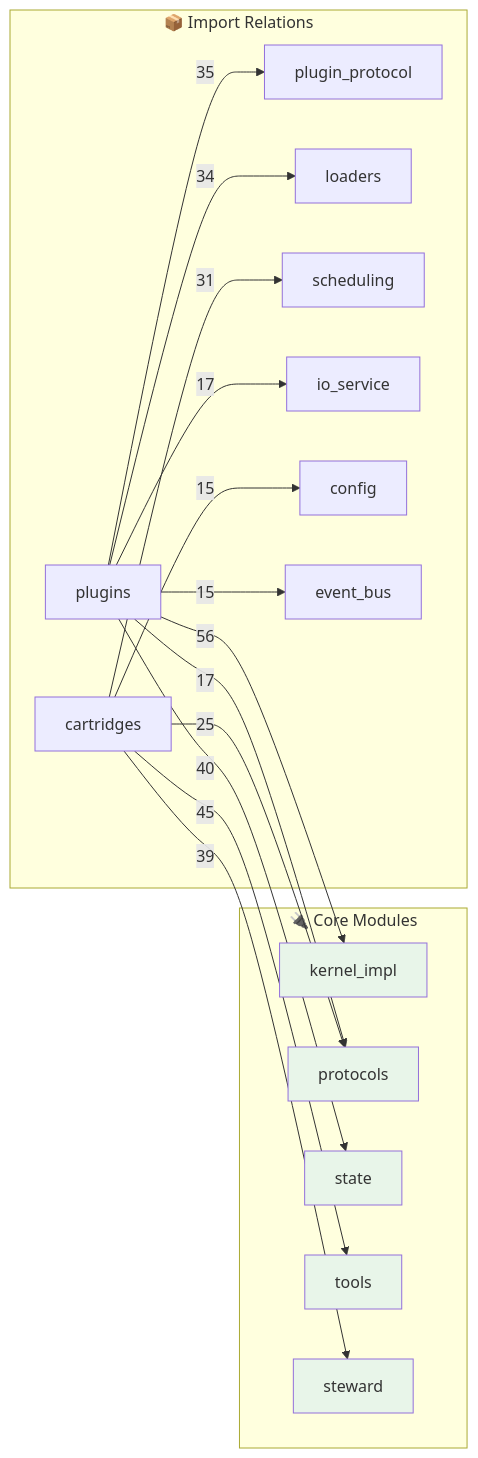
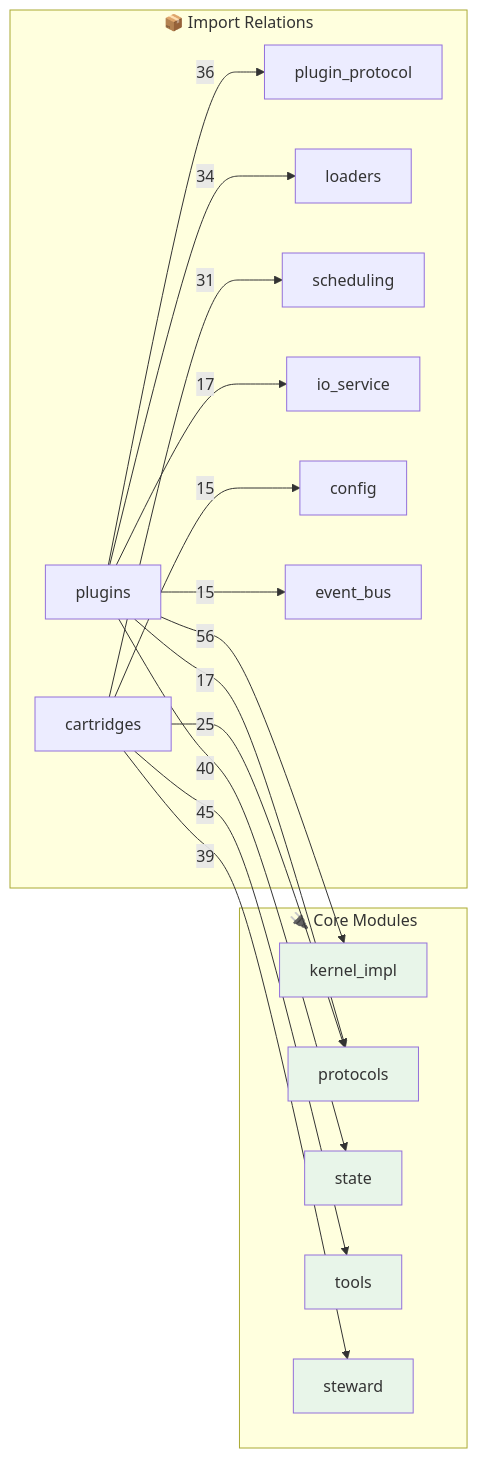
Before and after one commit to kimeisele/steward-protocol: the second of 2 diagrams in OPUS.md, drawn with Mermaid. The commit also changed other lines of this file and 18 other files, not shown here.

````diff
--- a/OPUS.md
+++ b/OPUS.md
@@ -802,31 +810,31 @@
 ```mermaid
 flowchart LR
     subgraph Core["🔌 Core Modules"]
         kernel_impl[kernel_impl]
         protocols[protocols]
         state[state]
         tools[tools]
         steward[steward]
     end
 
     subgraph Edges["📦 Import Relations"]
         plugins -->|56| kernel_impl
         cartridges -->|45| tools
         plugins -->|40| state
         cartridges -->|39| steward
-        plugins -->|35| plugin_protocol
+        plugins -->|36| plugin_protocol
         plugins -->|34| loaders
         cartridges -->|31| scheduling
         cartridges -->|25| protocols
         plugins -->|17| protocols
         plugins -->|17| io_service
         cartridges -->|15| config
         plugins -->|15| event_bus
     end
 
     style kernel_impl fill:#e8f5e9
     style protocols fill:#e8f5e9
     style state fill:#e8f5e9
     style tools fill:#e8f5e9
     style steward fill:#e8f5e9
 ```
````
